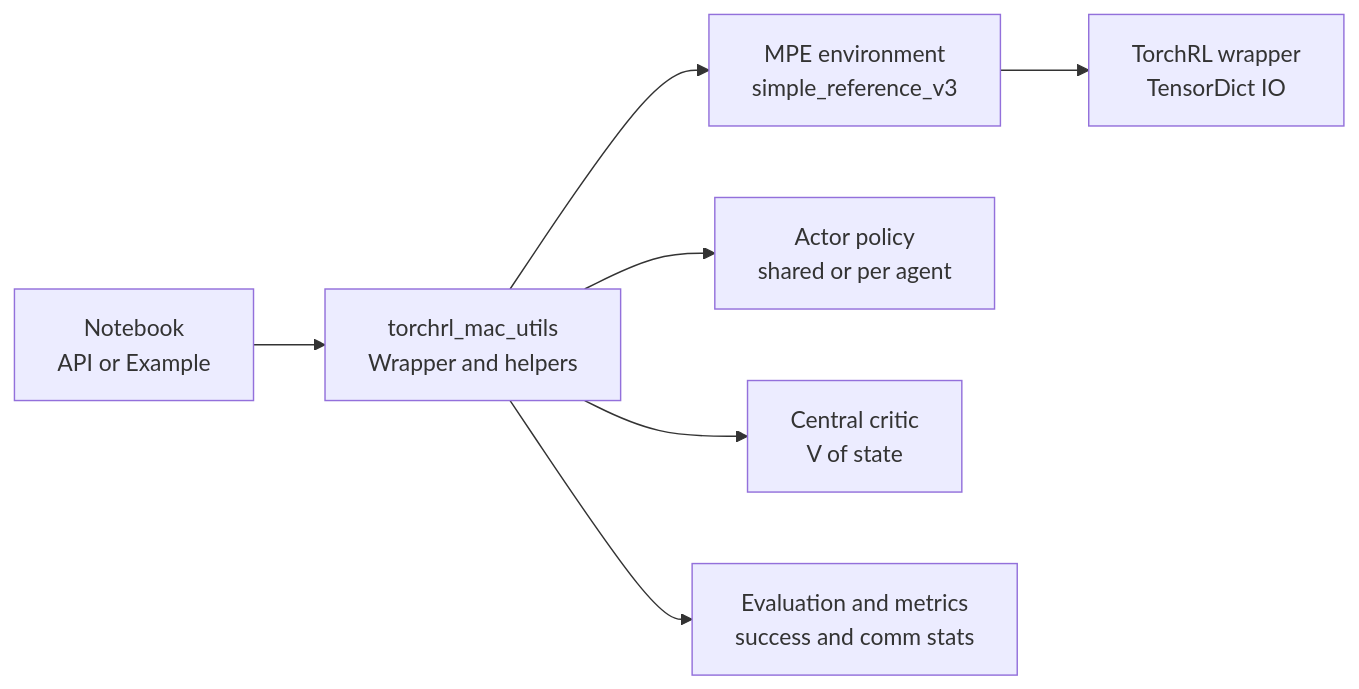
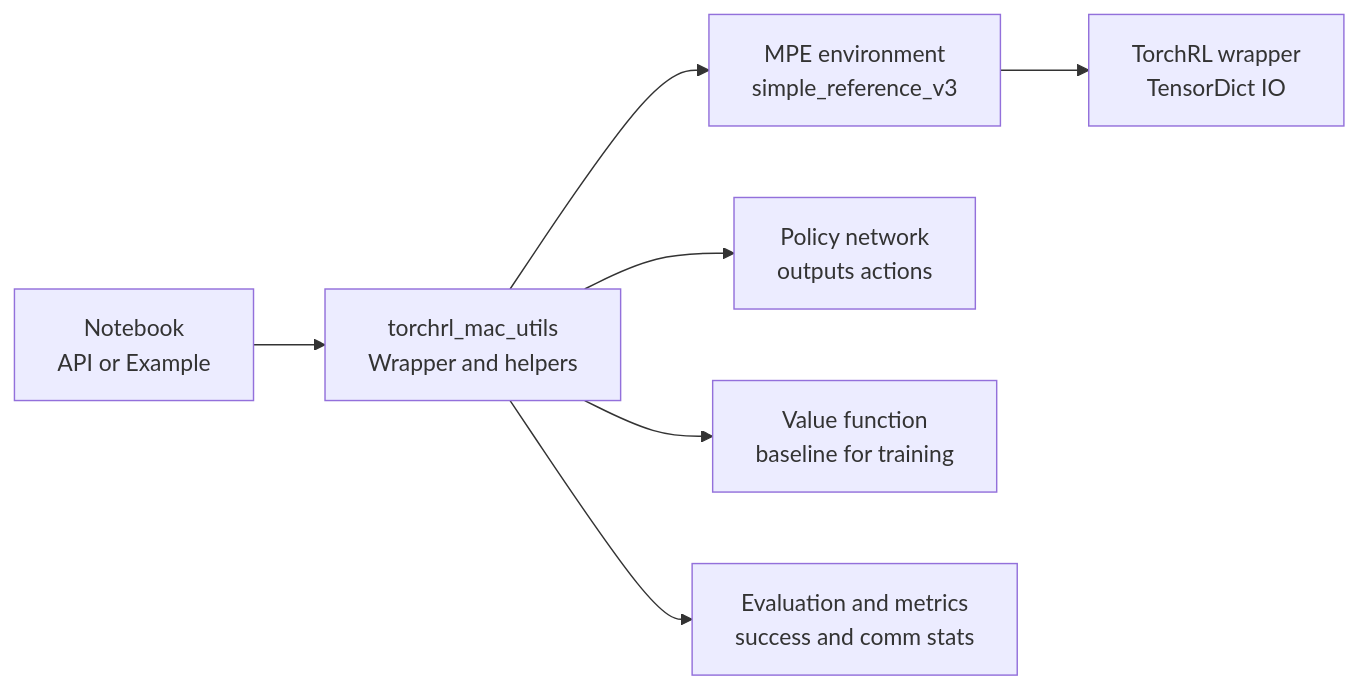
One commit to gpsaggese/gpsaggese.github.io changed the diagram in class_project/MSML610/Fall2025/Projects/UmdTask21_Fall2025_TorchRL_Multi-Agent_Cooperation/TorchRL_MAC.API.md. Above: the diagram before and after it, drawn with Mermaid. The commit also changed other lines of this file and 1 other file, not shown here.

````diff
--- a/class_project/MSML610/Fall2025/Projects/UmdTask21_Fall2025_TorchRL_Multi-Agent_Cooperation/TorchRL_MAC.API.md
+++ b/class_project/MSML610/Fall2025/Projects/UmdTask21_Fall2025_TorchRL_Multi-Agent_Cooperation/TorchRL_MAC.API.md
@@ -24,9 +50,9 @@
 ```mermaid
 flowchart LR
   NB[Notebook<br/>API or Example] --> UTIL[torchrl_mac_utils<br/>Wrapper and helpers]
   UTIL --> ENV[MPE environment<br/>simple_reference_v3]
   ENV --> WRAP[TorchRL wrapper<br/>TensorDict IO]
-  UTIL --> ACT[Actor policy<br/>shared or per agent]
-  UTIL --> CRI[Central critic<br/>V of state]
+  UTIL --> ACT[Policy network<br/>outputs actions]
+  UTIL --> CRI[Value function<br/>baseline for training]
   UTIL --> EVAL[Evaluation and metrics<br/>success and comm stats]
 ```
````
